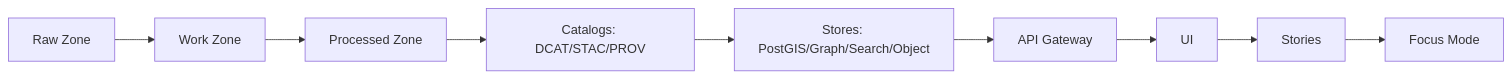
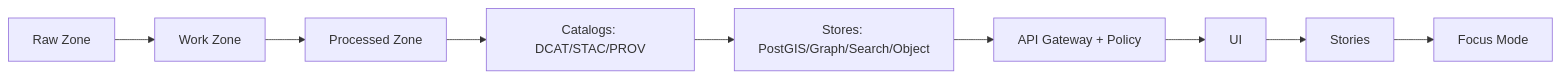
Before and after one commit to bartytime4life/Kansas-Frontier-Matrix: the diagram in scripts/README.md, drawn with Mermaid. The commit also changed other lines of this file, not shown here.

````diff
--- a/scripts/README.md
+++ b/scripts/README.md
@@ -150,11 +175,11 @@
 ```mermaid
 flowchart LR
   A[Raw Zone] --> B[Work Zone]
   B --> C[Processed Zone]
   C --> D[Catalogs: DCAT/STAC/PROV]
   D --> E[Stores: PostGIS/Graph/Search/Object]
-  E --> F[API Gateway]
+  E --> F[API Gateway + Policy]
   F --> G[UI]
   G --> H[Stories]
   H --> I[Focus Mode]
 ```
````
